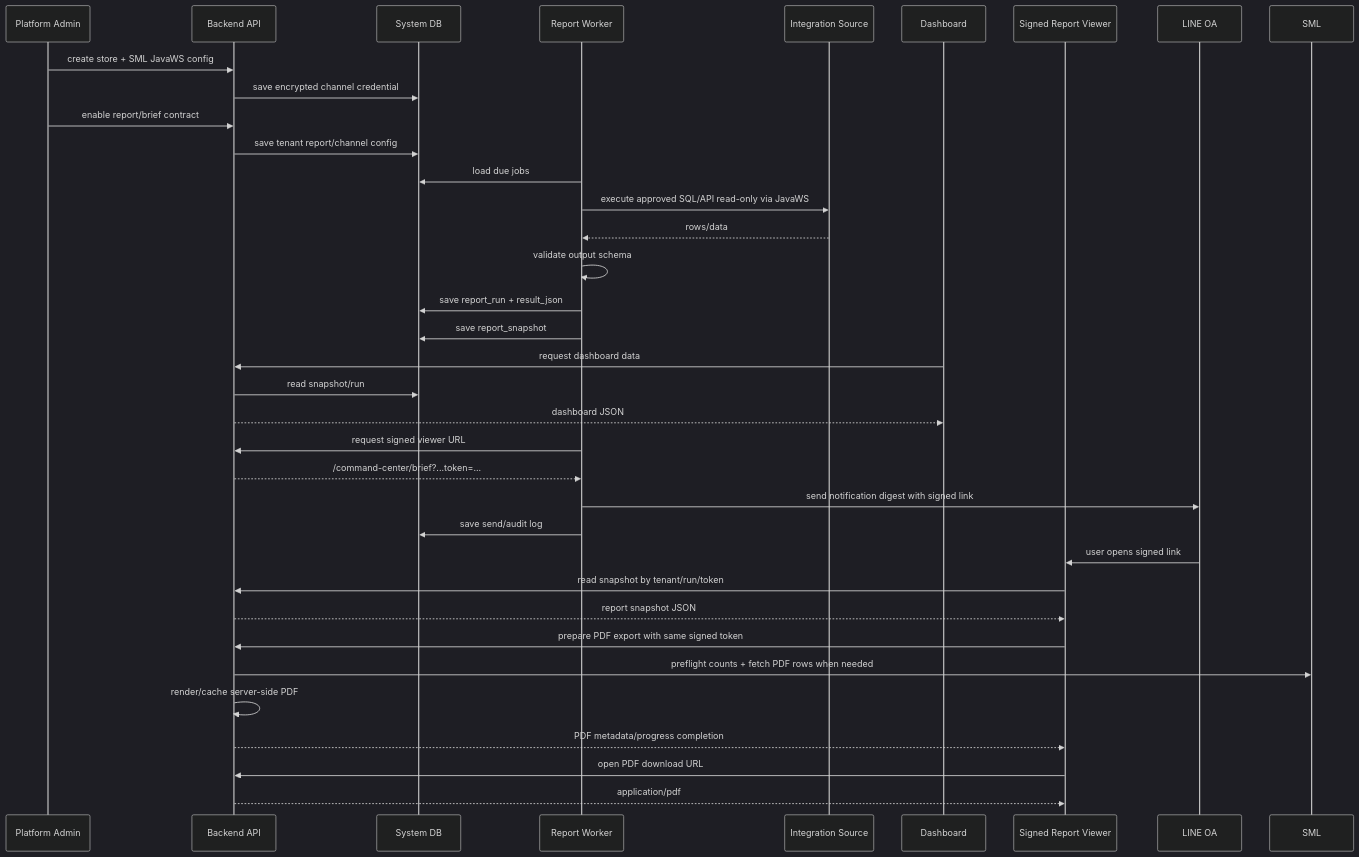
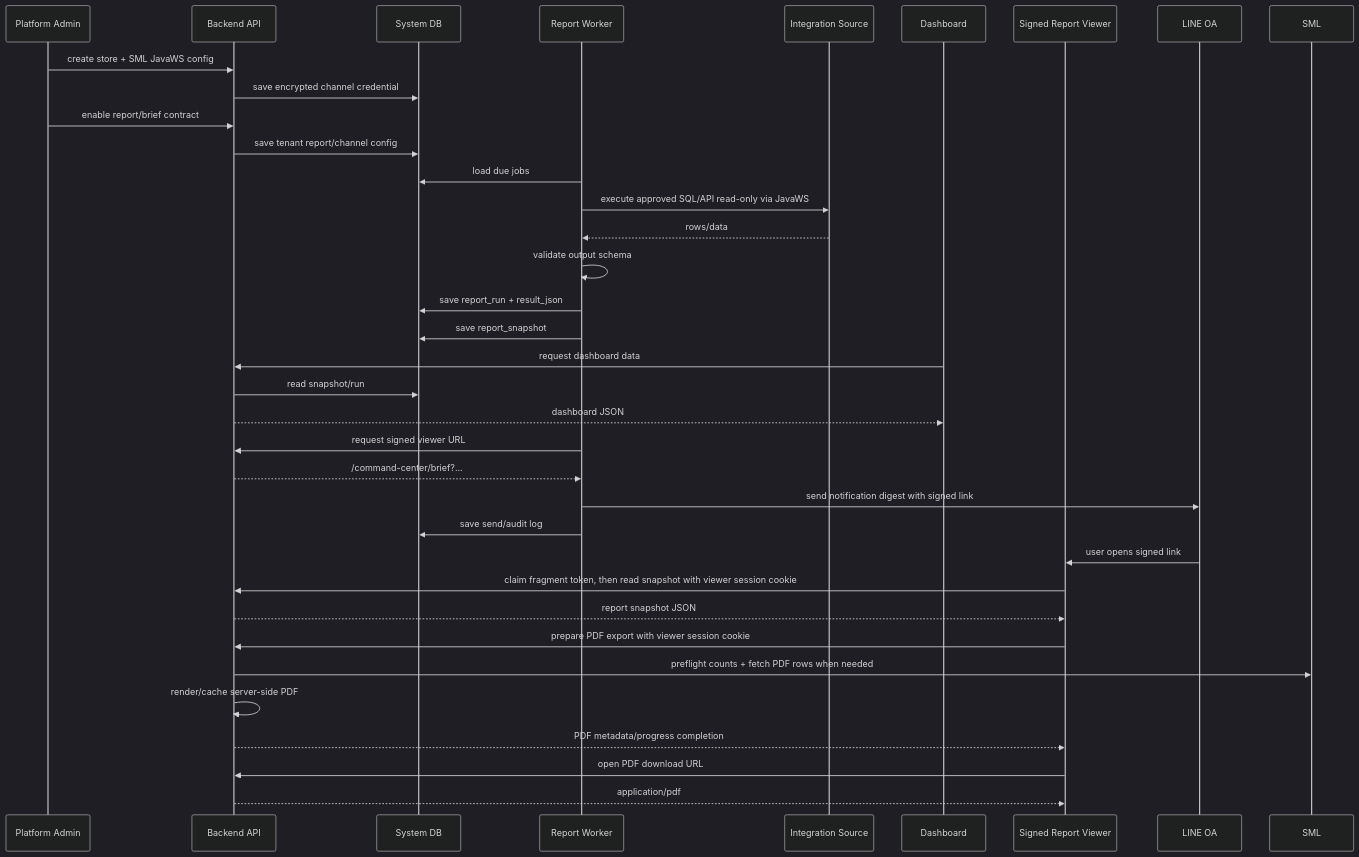
Before and after one commit to bosocmputer/ai-business-command-center: the first of 2 diagrams in docs/03_DATA_FLOW_TH.md, drawn with Mermaid (dark theme). The commit also changed other lines of this file and 19 other files, not shown here.

````diff
--- a/docs/03_DATA_FLOW_TH.md
+++ b/docs/03_DATA_FLOW_TH.md
@@ -19,38 +19,38 @@
 ```mermaid
 sequenceDiagram
     participant Admin as Platform Admin
     participant API as Backend API
     participant DB as System DB
     participant Worker as Report Worker
     participant Source as Integration Source
     participant Web as Dashboard
     participant Brief as Signed Report Viewer
     participant LINE as LINE OA
 
     Admin->>API: create store + SML JavaWS config
     API->>DB: save encrypted channel credential
     Admin->>API: enable report/brief contract
     API->>DB: save tenant report/channel config
     Worker->>DB: load due jobs
     Worker->>Source: execute approved SQL/API read-only via JavaWS
     Source-->>Worker: rows/data
     Worker->>Worker: validate output schema
     Worker->>DB: save report_run + result_json
     Worker->>DB: save report_snapshot
     Web->>API: request dashboard data
     API->>DB: read snapshot/run
     API-->>Web: dashboard JSON
     Worker->>API: request signed viewer URL
-    API-->>Worker: /command-center/brief?...token=...
+    API-->>Worker: /command-center/brief?...#token=v2...
     Worker->>LINE: send notification digest with signed link
     Worker->>DB: save send/audit log
     LINE->>Brief: user opens signed link
-    Brief->>API: read snapshot by tenant/run/token
+    Brief->>API: claim fragment token, then read snapshot with viewer session cookie
     API-->>Brief: report snapshot JSON
-    Brief->>API: prepare PDF export with same signed token
+    Brief->>API: prepare PDF export with viewer session cookie
     API->>SML: preflight counts + fetch PDF rows when needed
     API->>API: render/cache server-side PDF
     API-->>Brief: PDF metadata/progress completion
     Brief->>API: open PDF download URL
     API-->>Brief: application/pdf
 ```
````
